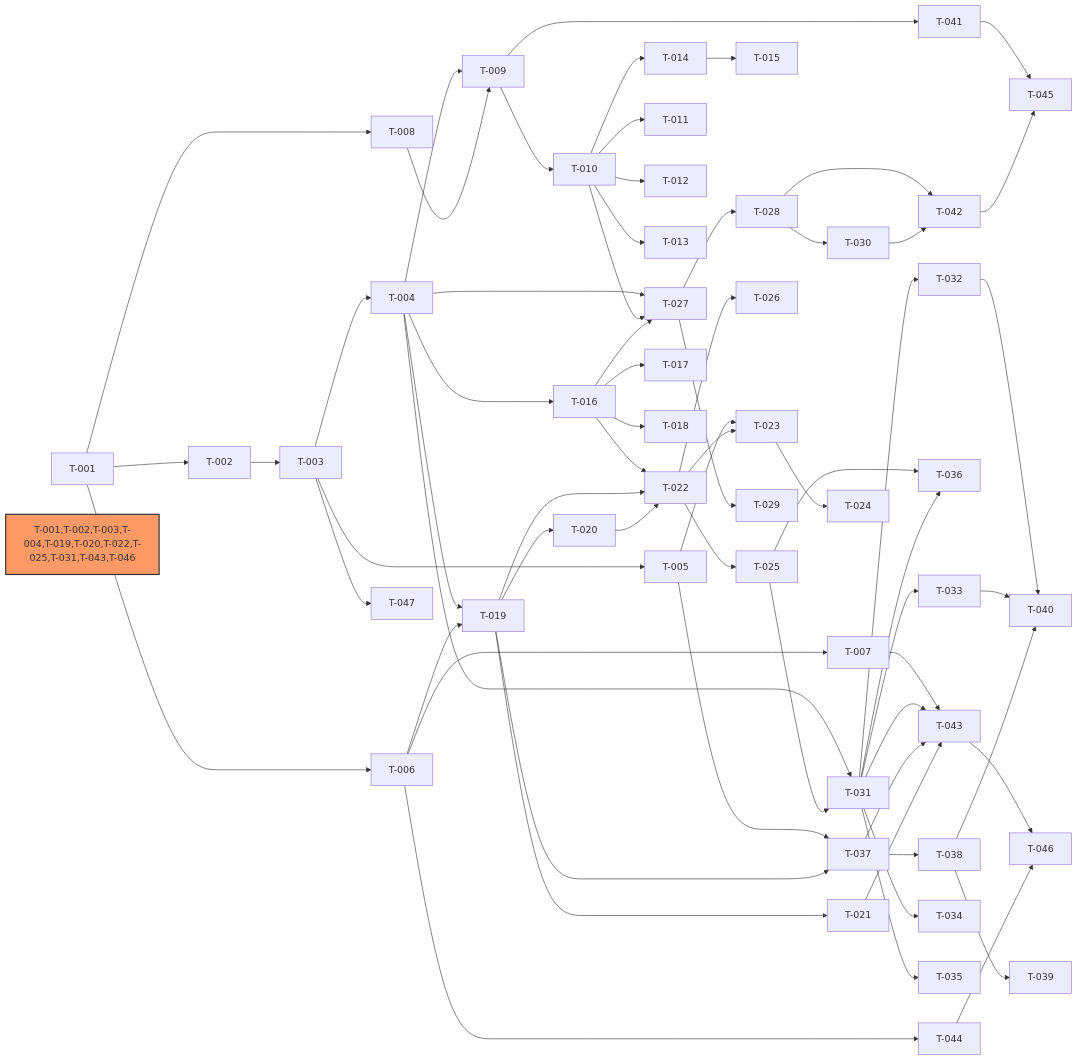
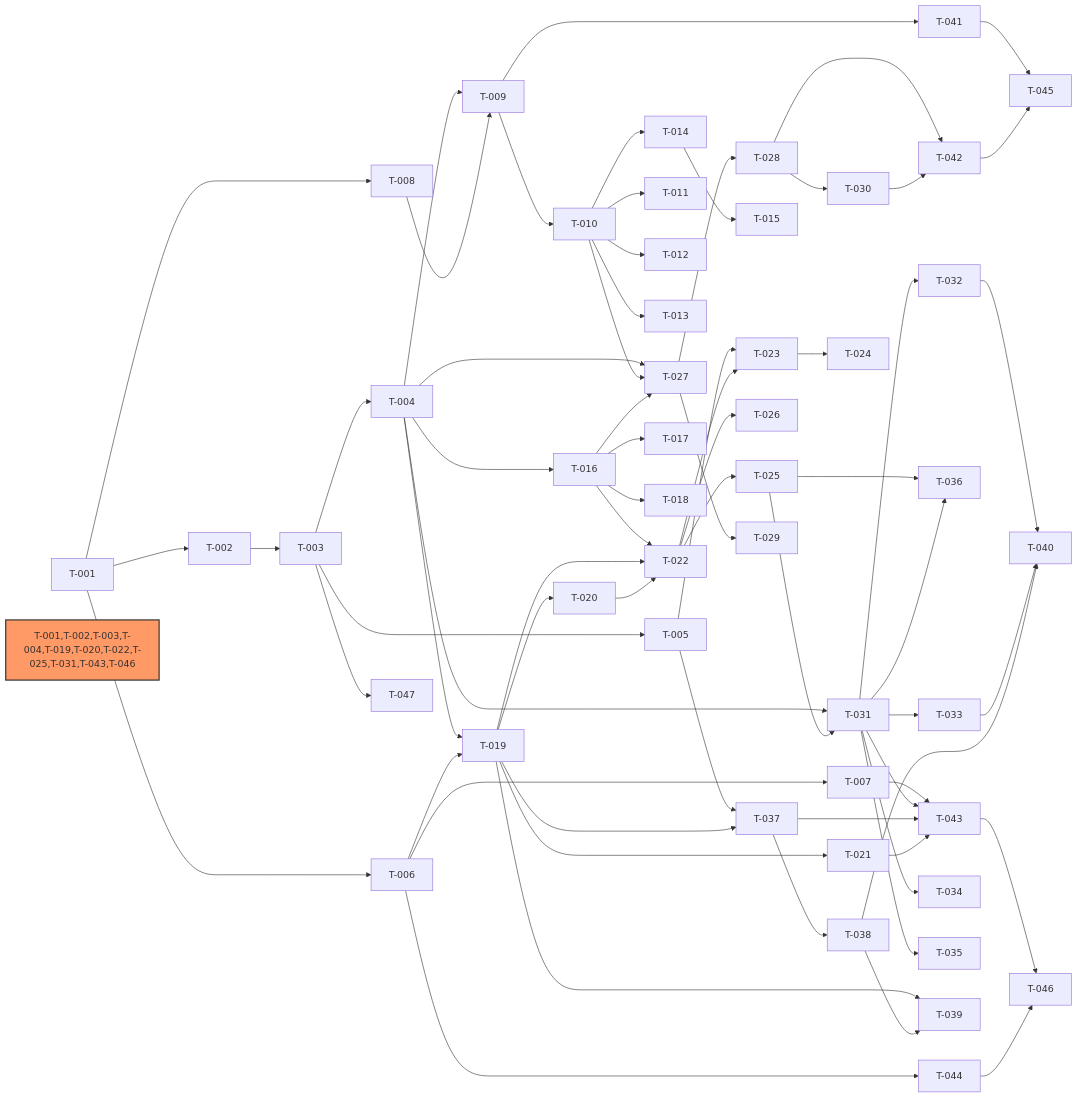
The diagram in docs/dev-plan/dev-plan-intellisource-v1.md (lync-cyber/intelli-source), drawn with Mermaid before and after one commit. The commit also changed 4 other files, not shown here.

````diff
--- a/docs/dev-plan/dev-plan-intellisource-v1.md
+++ b/docs/dev-plan/dev-plan-intellisource-v1.md
@@ -94,68 +94,69 @@
 ```mermaid
 graph LR
     T-001 --> T-002
     T-001 --> T-006
     T-001 --> T-008
     T-002 --> T-003
     T-003 --> T-004
     T-003 --> T-005
     T-003 --> T-047
     T-004 --> T-009
     T-004 --> T-016
     T-004 --> T-019
     T-004 --> T-027
     T-004 --> T-031
     T-005 --> T-023
     T-005 --> T-037
     T-006 --> T-007
     T-006 --> T-019
     T-006 --> T-044
     T-007 --> T-043
     T-008 --> T-009
     T-009 --> T-010
     T-009 --> T-041
     T-010 --> T-011
     T-010 --> T-012
     T-010 --> T-013
     T-010 --> T-014
     T-010 --> T-027
     T-014 --> T-015
     T-016 --> T-017
     T-016 --> T-018
     T-016 --> T-022
     T-016 --> T-027
     T-019 --> T-020
     T-019 --> T-021
     T-019 --> T-022
     T-019 --> T-037
     T-020 --> T-022
     T-022 --> T-023
     T-022 --> T-025
     T-022 --> T-026
     T-023 --> T-024
     T-025 --> T-031
     T-025 --> T-036
     T-027 --> T-028
     T-027 --> T-029
     T-028 --> T-030
     T-028 --> T-042
     T-030 --> T-042
     T-031 --> T-032
     T-031 --> T-033
     T-031 --> T-034
     T-031 --> T-035
     T-031 --> T-036
     T-031 --> T-043
     T-032 --> T-040
     T-033 --> T-040
     T-037 --> T-038
     T-037 --> T-043
+    T-019 --> T-039
     T-038 --> T-039
     T-038 --> T-040
     T-021 --> T-043
     T-041 --> T-045
     T-042 --> T-045
     T-043 --> T-046
     T-044 --> T-046
     style T-001,T-002,T-003,T-004,T-019,T-020,T-022,T-025,T-031,T-043,T-046 fill:#f96,stroke:#333,stroke-width:2px
 ```
````
